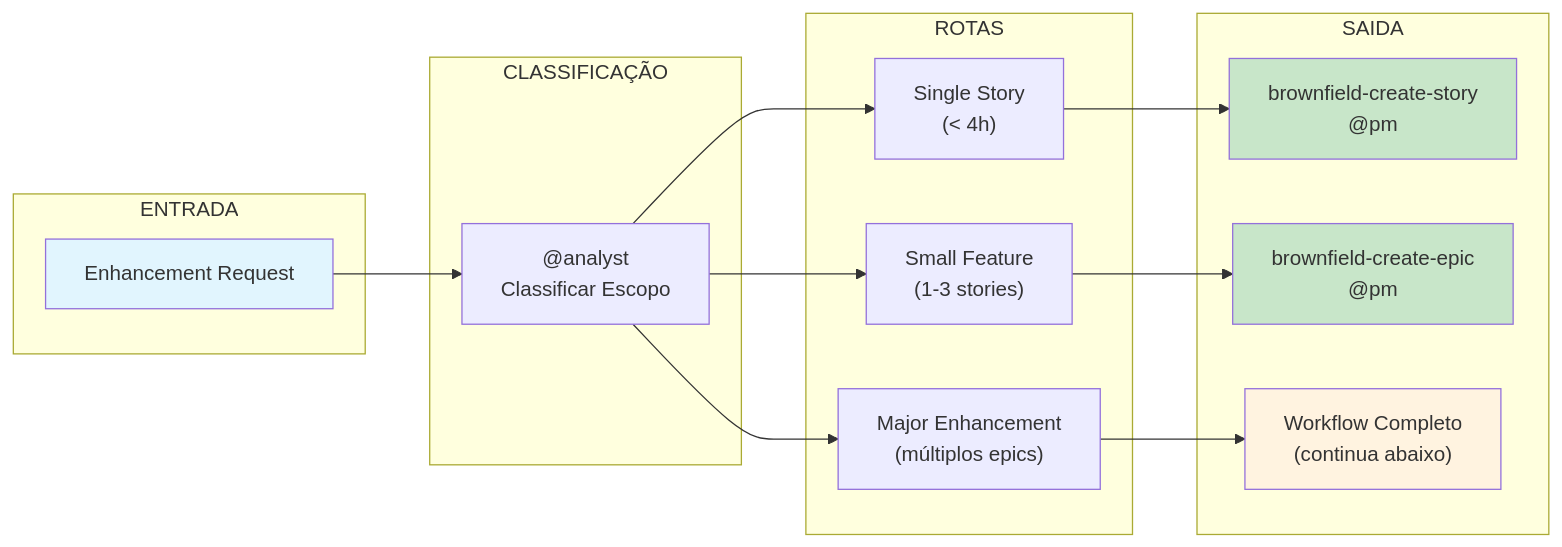
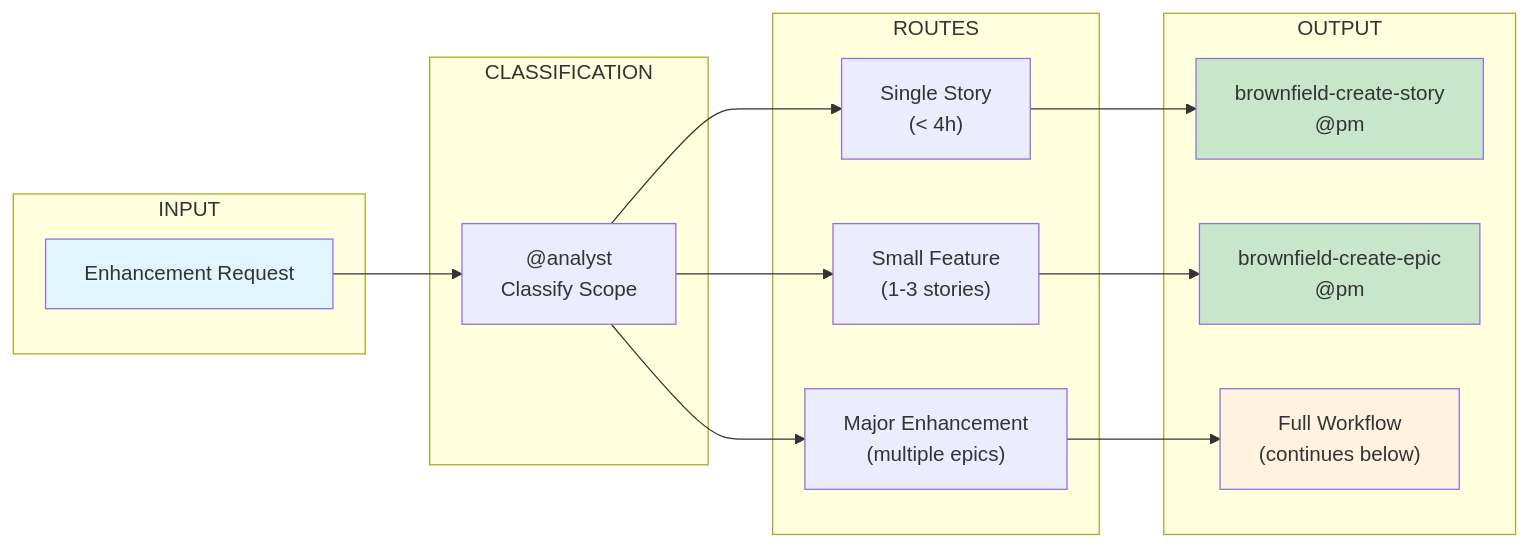
The second of 9 diagrams in docs/aexos-workflows/brownfield-fullstack-workflow.md (CyryxLabs/AEXOS), drawn with Mermaid before and after one commit. The commit also changed other lines of this file and 528 other files, not shown here.

````diff
--- a/docs/aexos-workflows/brownfield-fullstack-workflow.md
+++ b/docs/aexos-workflows/brownfield-fullstack-workflow.md
@@ -131,32 +131,32 @@
 ```mermaid
 flowchart LR
-    subgraph INPUT["ENTRADA"]
+    subgraph INPUT["INPUT"]
         A["Enhancement Request"]
     end
 
-    subgraph CLASSIFICATION["CLASSIFICAÇÃO"]
-        B["@analyst<br/>Classificar Escopo"]
+    subgraph CLASSIFICATION["CLASSIFICATION"]
+        B["@analyst<br/>Classify Scope"]
     end
 
-    subgraph ROUTES["ROTAS"]
+    subgraph ROUTES["ROUTES"]
         C1["Single Story<br/>(< 4h)"]
         C2["Small Feature<br/>(1-3 stories)"]
-        C3["Major Enhancement<br/>(múltiplos epics)"]
+        C3["Major Enhancement<br/>(multiple epics)"]
     end
 
-    subgraph OUTPUT["SAIDA"]
+    subgraph OUTPUT["OUTPUT"]
         D1["brownfield-create-story<br/>@pm"]
         D2["brownfield-create-epic<br/>@pm"]
-        D3["Workflow Completo<br/>(continua abaixo)"]
+        D3["Full Workflow<br/>(continues below)"]
     end
 
     A --> B
     B --> C1 --> D1
     B --> C2 --> D2
     B --> C3 --> D3
 
     style A fill:#e1f5fe
     style D1 fill:#c8e6c9
     style D2 fill:#c8e6c9
     style D3 fill:#fff3e0
 ```
````
